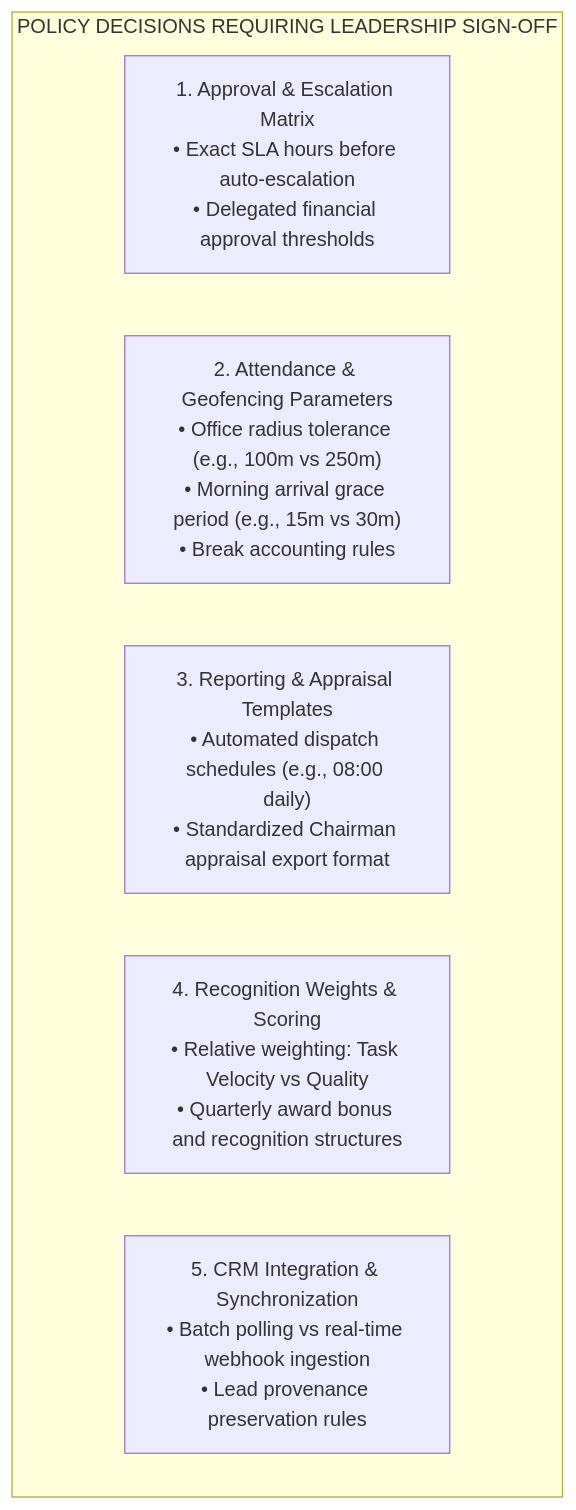
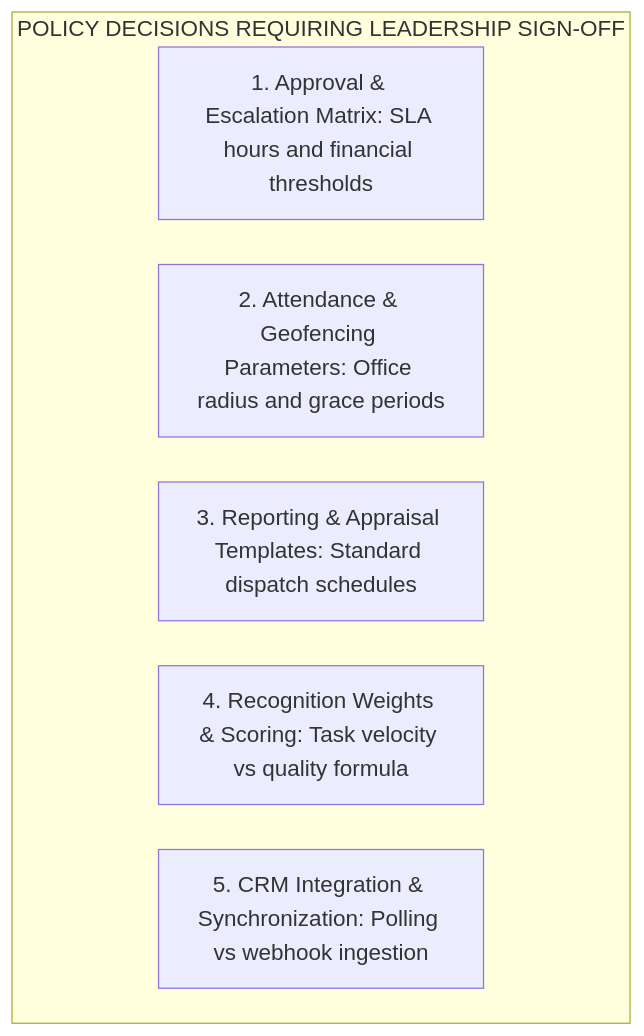
Before and after one commit to manikanta-ciril/internal-operations-tracking-system: the tenth of 10 diagrams in iots-app/documentation/ai-data/codex-design/detailed_documentation_gem.md, drawn with Mermaid. The commit also changed other lines of this file and 1 other file, not shown here.

````diff
--- a/iots-app/documentation/ai-data/codex-design/detailed_documentation_gem.md
+++ b/iots-app/documentation/ai-data/codex-design/detailed_documentation_gem.md
@@ -670,10 +692,11 @@
 ```mermaid
-graph TD
+%%{init: {"themeVariables": {"fontSize": "18px"}, "flowchart": {"nodeSpacing": 36, "rankSpacing": 45}}}%%
+flowchart TD
     subgraph Decisions["POLICY DECISIONS REQUIRING LEADERSHIP SIGN-OFF"]
-        D1["1. Approval & Escalation Matrix<br/>• Exact SLA hours before auto-escalation<br/>• Delegated financial approval thresholds"]
-        D2["2. Attendance & Geofencing Parameters<br/>• Office radius tolerance (e.g., 100m vs 250m)<br/>• Morning arrival grace period (e.g., 15m vs 30m)<br/>• Break accounting rules"]
-        D3["3. Reporting & Appraisal Templates<br/>• Automated dispatch schedules (e.g., 08:00 daily)<br/>• Standardized Chairman appraisal export format"]
-        D4["4. Recognition Weights & Scoring<br/>• Relative weighting: Task Velocity vs Quality<br/>• Quarterly award bonus and recognition structures"]
-        D5["5. CRM Integration & Synchronization<br/>• Batch polling vs real-time webhook ingestion<br/>• Lead provenance preservation rules"]
+        D1["1. Approval & Escalation Matrix: SLA hours and financial thresholds"]
+        D2["2. Attendance & Geofencing Parameters: Office radius and grace periods"]
+        D3["3. Reporting & Appraisal Templates: Standard dispatch schedules"]
+        D4["4. Recognition Weights & Scoring: Task velocity vs quality formula"]
+        D5["5. CRM Integration & Synchronization: Polling vs webhook ingestion"]
     end
 ```
````
